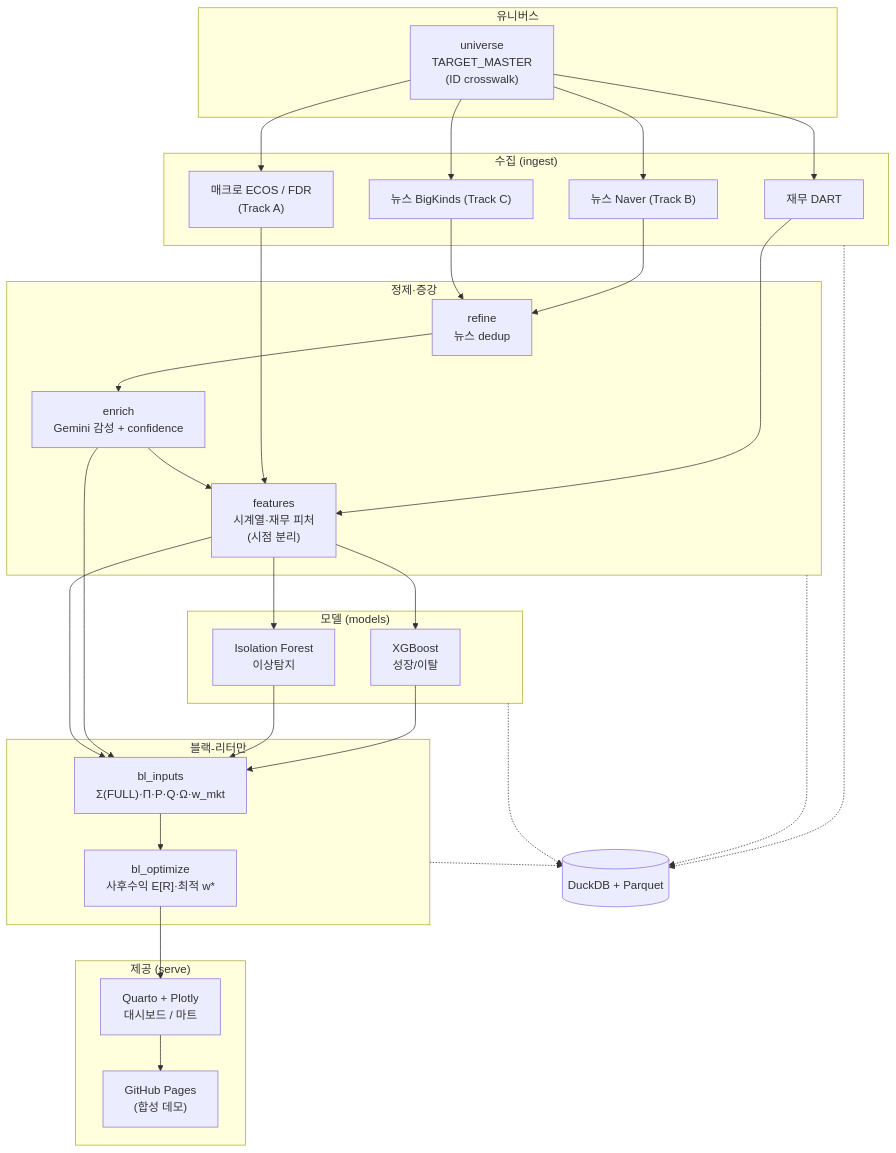
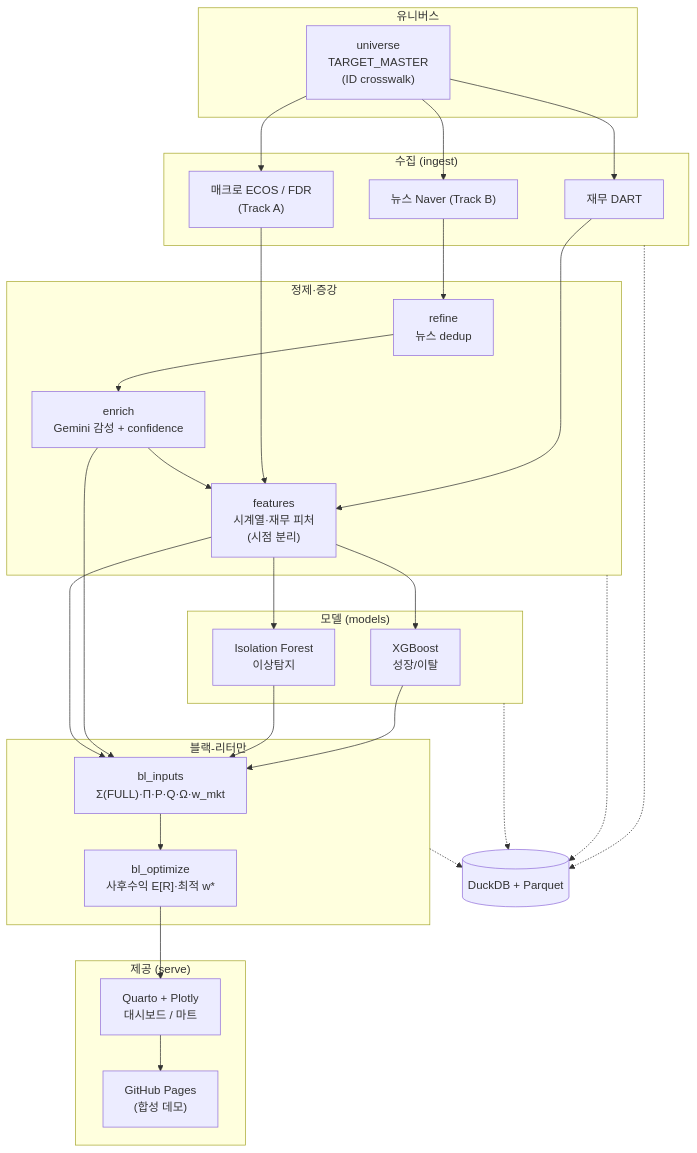
Before and after one commit to blunderblus/black_litterman_project: the diagram in docs/planning/01-project-overview.md, drawn with Mermaid. The commit also changed other lines of this file and 9 other files, not shown here.

First line of the commit message:
docs: finish BigKinds(구 Track C) sweep across design/planning 9종; v0.2→v0.3

````diff
--- a/docs/planning/01-project-overview.md
+++ b/docs/planning/01-project-overview.md
@@ -216,51 +216,49 @@
 ```mermaid
 flowchart TD
     subgraph U["유니버스"]
         UM["universe<br/>TARGET_MASTER<br/>(ID crosswalk)"]
     end
     subgraph ING["수집 (ingest)"]
         FIN["재무 DART"]
         MAC["매크로 ECOS / FDR<br/>(Track A)"]
         NB["뉴스 Naver (Track B)"]
-        NC["뉴스 BigKinds (Track C)"]
     end
     subgraph PROC["정제·증강"]
         REF["refine<br/>뉴스 dedup"]
         ENR["enrich<br/>Gemini 감성 + confidence"]
         FEAT["features<br/>시계열·재무 피처<br/>(시점 분리)"]
     end
     subgraph ML["모델 (models)"]
         XGB["XGBoost<br/>성장/이탈"]
         ISO["Isolation Forest<br/>이상탐지"]
     end
     subgraph BL["블랙-리터만"]
         BIN["bl_inputs<br/>Σ(FULL)·Π·P·Q·Ω·w_mkt"]
         BOPT["bl_optimize<br/>사후수익 E[R]·최적 w*"]
     end
     subgraph OUT["제공 (serve)"]
         DASH["Quarto + Plotly<br/>대시보드 / 마트"]
         PAGES["GitHub Pages<br/>(합성 데모)"]
     end
 
-    UM --> FIN & MAC & NB & NC
+    UM --> FIN & MAC & NB
     NB --> REF
-    NC --> REF
     REF --> ENR
     FIN --> FEAT
     MAC --> FEAT
     ENR --> FEAT
     FEAT --> XGB & ISO
     XGB --> BIN
     ISO --> BIN
     ENR --> BIN
     FEAT --> BIN
     BIN --> BOPT
     BOPT --> DASH
     DASH --> PAGES
 
     STORE[("DuckDB + Parquet")]
     ING -.-> STORE
     PROC -.-> STORE
     ML -.-> STORE
     BL -.-> STORE
 ```
````
